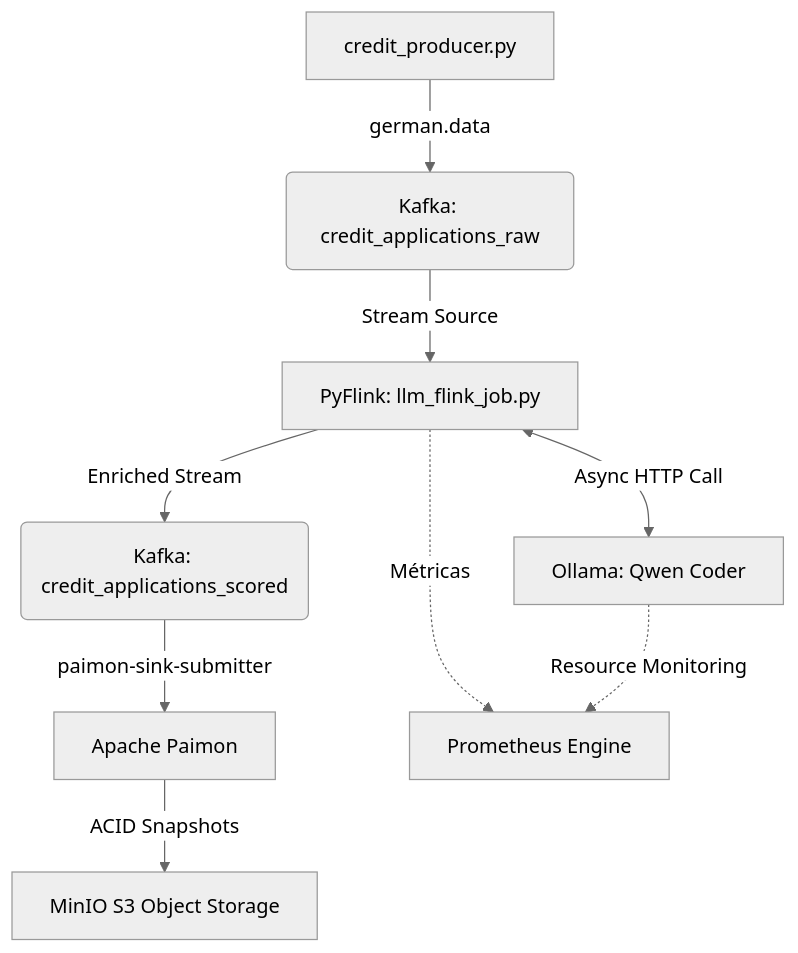
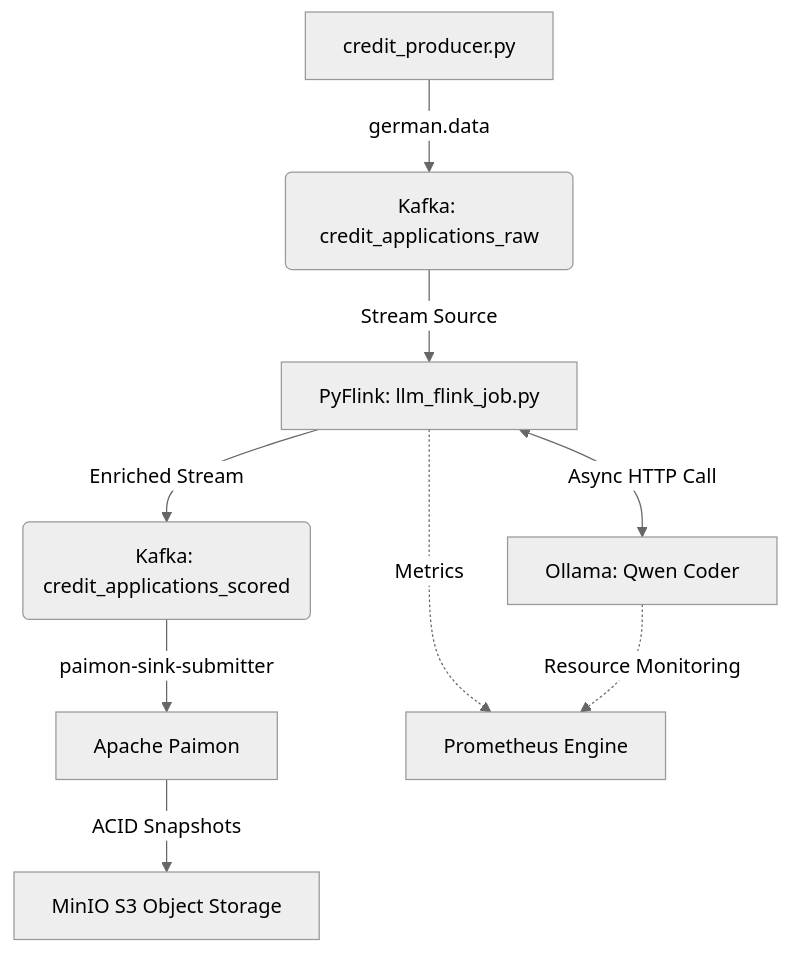
One commit to luccappaz/Finstream changed the diagram in README.md. Above: the diagram before and after it, drawn with Mermaid (neutral theme). The commit also changed other lines of this file and 9 other files, not shown here.

````diff
--- a/README.md
+++ b/README.md
@@ -15,13 +29,13 @@
 ```mermaid
 graph TD
     A[credit_producer.py] -->|german.data| B(Kafka: credit_applications_raw)
     B -->|Stream Source| C[PyFlink: llm_flink_job.py]
     C <-->|Async HTTP Call| D[Ollama: Qwen Coder]
     C -->|Enriched Stream| E(Kafka: credit_applications_scored)
     E -->|paimon-sink-submitter| F[Apache Paimon]
     F -->|ACID Snapshots| G[MinIO S3 Object Storage]
 
-    %% Camada de Monitoramento
-    C -.->|Métricas| H[Prometheus Engine]
+    %% Monitoring layer
+    C -.->|Metrics| H[Prometheus Engine]
     D -.->|Resource Monitoring| H
 ```
````
